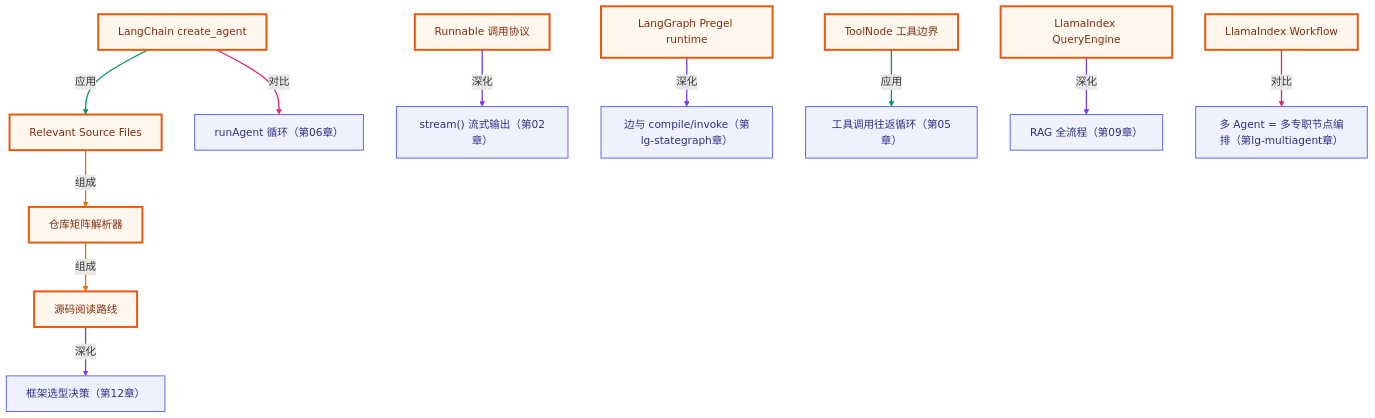
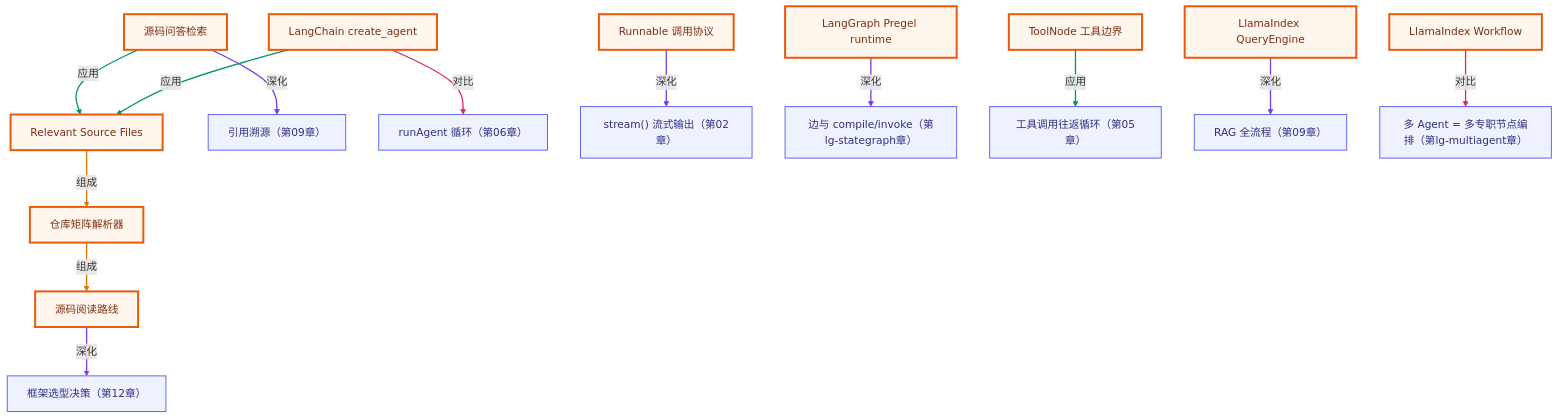
Before and after one commit to songuu/agent: the diagram in source-analysis/README.md, drawn with Mermaid. The commit also changed other lines of this file and 15 other files, not shown here.

````diff
--- a/source-analysis/README.md
+++ b/source-analysis/README.md
@@ -198,43 +198,49 @@
 ```mermaid
 graph TB
   classDef own fill:#fff7ed,stroke:#ea580c,stroke-width:3px,color:#7c2d12;
   classDef cross fill:#eef2ff,stroke:#6366f1,stroke-width:1.5px,color:#312e81;
   n_srca_reading_map["源码阅读路线"]
   n_srca_repository_matrix["仓库矩阵解析器"]
   n_srca_relevant_source_files["Relevant Source Files"]
+  n_srca_source_qa["源码问答检索"]
   n_srca_langchain_agent_factory["LangChain create_agent"]
   n_srca_langchain_runnable["Runnable 调用协议"]
   n_srca_langgraph_runtime["LangGraph Pregel runtime"]
   n_srca_langgraph_tool_node["ToolNode 工具边界"]
   n_srca_llamaindex_query_engine["LlamaIndex QueryEngine"]
   n_srca_llamaindex_workflow["LlamaIndex Workflow"]
   n_c12_framework_choice["框架选型决策（第12章）"]
+  n_c09_citation["引用溯源（第09章）"]
   n_c06_run_agent_loop["runAgent 循环（第06章）"]
   n_c02_stream["stream() 流式输出（第02章）"]
   n_lgsg_edges_compile["边与 compile/invoke（第lg-stategraph章）"]
   n_c05_roundtrip_loop["工具调用往返循环（第05章）"]
   n_c09_rag_pipeline["RAG 全流程（第09章）"]
   n_lgma_multi_agent["多 Agent = 多专职节点编排（第lg-multiagent章）"]
   n_srca_reading_map -->|深化| n_c12_framework_choice
   n_srca_repository_matrix -->|组成| n_srca_reading_map
   n_srca_relevant_source_files -->|组成| n_srca_repository_matrix
+  n_srca_source_qa -->|应用| n_srca_relevant_source_files
+  n_srca_source_qa -->|深化| n_c09_citation
   n_srca_langchain_agent_factory -->|应用| n_srca_relevant_source_files
   n_srca_langchain_agent_factory -->|对比| n_c06_run_agent_loop
   n_srca_langchain_runnable -->|深化| n_c02_stream
   n_srca_langgraph_runtime -->|深化| n_lgsg_edges_compile
   n_srca_langgraph_tool_node -->|应用| n_c05_roundtrip_loop
   n_srca_llamaindex_query_engine -->|深化| n_c09_rag_pipeline
   n_srca_llamaindex_workflow -->|对比| n_lgma_multi_agent
-  class n_srca_reading_map,n_srca_repository_matrix,n_srca_relevant_source_files,n_srca_langchain_agent_factory,n_srca_langchain_runnable,n_srca_langgraph_runtime,n_srca_langgraph_tool_node,n_srca_llamaindex_query_engine,n_srca_llamaindex_workflow own;
-  class n_c12_framework_choice,n_c06_run_agent_loop,n_c02_stream,n_lgsg_edges_compile,n_c05_roundtrip_loop,n_c09_rag_pipeline,n_lgma_multi_agent cross;
+  class n_srca_reading_map,n_srca_repository_matrix,n_srca_relevant_source_files,n_srca_source_qa,n_srca_langchain_agent_factory,n_srca_langchain_runnable,n_srca_langgraph_runtime,n_srca_langgraph_tool_node,n_srca_llamaindex_query_engine,n_srca_llamaindex_workflow own;
+  class n_c12_framework_choice,n_c09_citation,n_c06_run_agent_loop,n_c02_stream,n_lgsg_edges_compile,n_c05_roundtrip_loop,n_c09_rag_pipeline,n_lgma_multi_agent cross;
   linkStyle 0 stroke:#7c3aed,stroke-width:2px;
   linkStyle 1 stroke:#d97706,stroke-width:2px;
   linkStyle 2 stroke:#d97706,stroke-width:2px;
   linkStyle 3 stroke:#059669,stroke-width:2px;
-  linkStyle 4 stroke:#db2777,stroke-width:2px;
-  linkStyle 5 stroke:#7c3aed,stroke-width:2px;
-  linkStyle 6 stroke:#7c3aed,stroke-width:2px;
-  linkStyle 7 stroke:#059669,stroke-width:2px;
+  linkStyle 4 stroke:#7c3aed,stroke-width:2px;
+  linkStyle 5 stroke:#059669,stroke-width:2px;
+  linkStyle 6 stroke:#db2777,stroke-width:2px;
+  linkStyle 7 stroke:#7c3aed,stroke-width:2px;
   linkStyle 8 stroke:#7c3aed,stroke-width:2px;
-  linkStyle 9 stroke:#db2777,stroke-width:2px;
+  linkStyle 9 stroke:#059669,stroke-width:2px;
+  linkStyle 10 stroke:#7c3aed,stroke-width:2px;
+  linkStyle 11 stroke:#db2777,stroke-width:2px;
 ```
````
